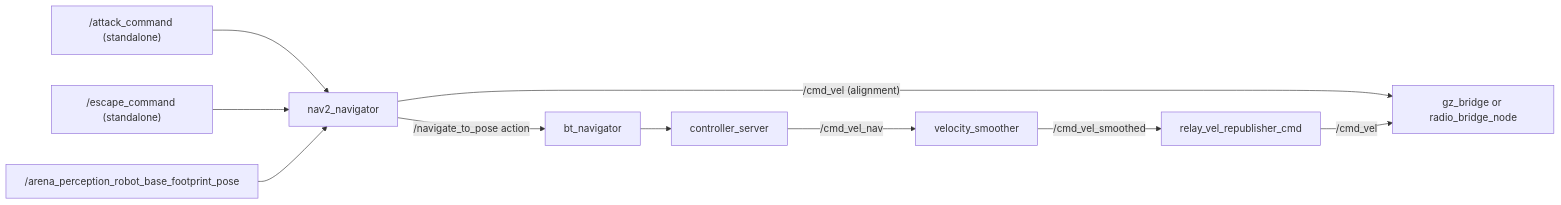
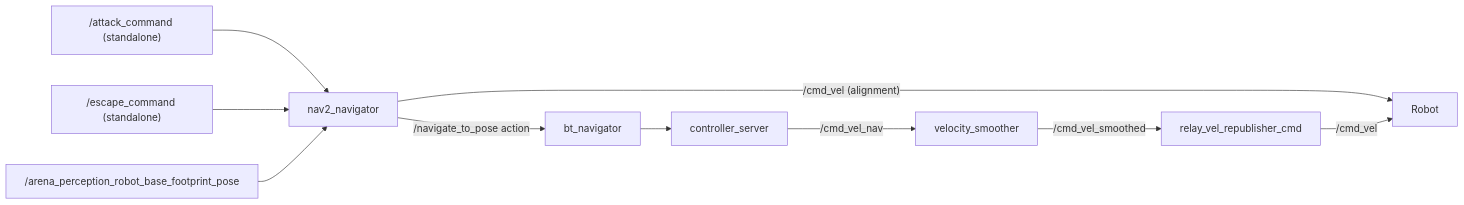
The third of 3 diagrams in docs/packages/robot_navigation.md (eubotx/robofetz_as), drawn with Mermaid before and after one commit. The commit also changed other lines of this file and 29 other files, not shown here.

````diff
--- a/docs/packages/robot_navigation.md
+++ b/docs/packages/robot_navigation.md
@@ -112,12 +113,12 @@
 ```mermaid
 flowchart LR
   Attack["/attack_command (standalone)"] --> Wrapper["nav2_navigator"]
   Escape["/escape_command (standalone)"] --> Wrapper
   Pose["/arena_perception_robot_base_footprint_pose"] --> Wrapper
-  Wrapper -->|"/cmd_vel (alignment)"| Drive["gz_bridge or radio_bridge_node"]
+  Wrapper -->|"/cmd_vel (alignment)"| Drive["Robot"]
   Wrapper -->|"/navigate_to_pose action"| Nav2["bt_navigator"]
   Nav2 --> Controller["controller_server"]
   Controller -->|"/cmd_vel_nav"| Smoother["velocity_smoother"]
   Smoother -->|"/cmd_vel_smoothed"| Relay["relay_vel_republisher_cmd"]
   Relay -->|"/cmd_vel"| Drive
 ```
````
